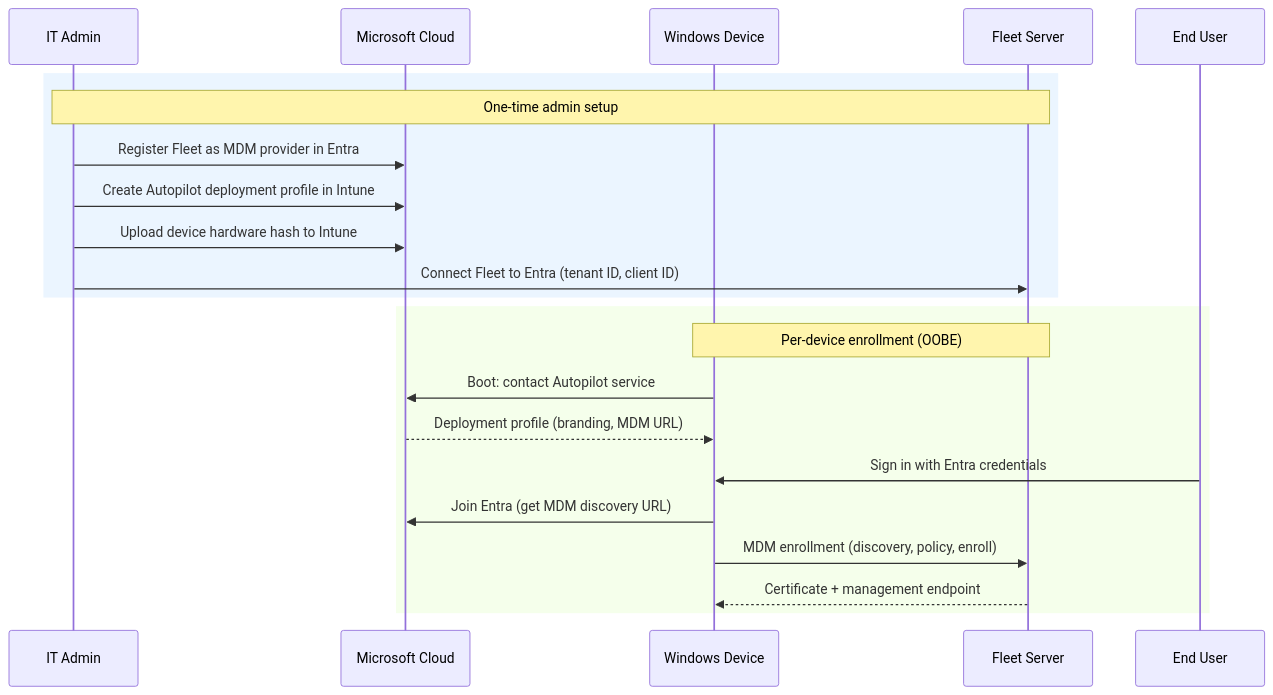
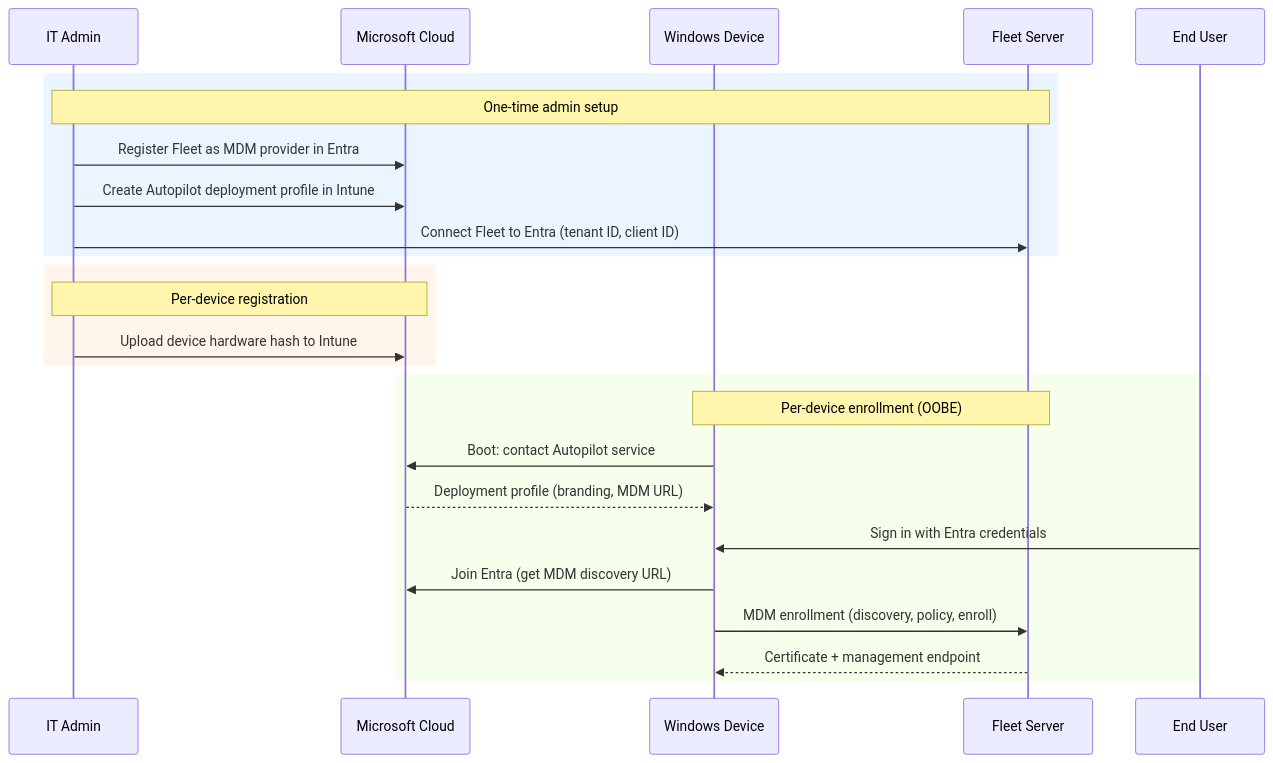
Before and after one commit to fleetdm/fleet: the second of 4 diagrams in docs/Contributing/product-groups/mdm/windows-autopilot-how-it-works.md, drawn with Mermaid. The commit also changed other lines of this file, not shown here.

Commit message:
Move hardware hash upload to per-device registration phase
The hardware hash is unique per device and must be uploaded for each
new device, not as a one-time setup step.

````diff
--- a/docs/Contributing/product-groups/mdm/windows-autopilot-how-it-works.md
+++ b/docs/Contributing/product-groups/mdm/windows-autopilot-how-it-works.md
@@ -29,26 +29,30 @@
 ```mermaid
 sequenceDiagram
     participant Admin as IT Admin
     participant MS as Microsoft Cloud
     participant Win as Windows Device
     participant Fleet as Fleet Server
     participant User as End User
 
     rect rgb(235, 245, 255)
         note over Admin, Fleet: One-time admin setup
         Admin->>MS: Register Fleet as MDM provider in Entra
         Admin->>MS: Create Autopilot deployment profile in Intune
+        Admin->>Fleet: Connect Fleet to Entra (tenant ID, client ID)
+    end
+
+    rect rgb(255, 245, 235)
+        note over Admin, MS: Per-device registration
         Admin->>MS: Upload device hardware hash to Intune
-        Admin->>Fleet: Connect Fleet to Entra (tenant ID, client ID)
     end
 
     rect rgb(245, 255, 235)
         note over Win, Fleet: Per-device enrollment (OOBE)
         Win->>MS: Boot: contact Autopilot service
         MS-->>Win: Deployment profile (branding, MDM URL)
         User->>Win: Sign in with Entra credentials
         Win->>MS: Join Entra (get MDM discovery URL)
         Win->>Fleet: MDM enrollment (discovery, policy, enroll)
         Fleet-->>Win: Certificate + management endpoint
     end
 ```
````
